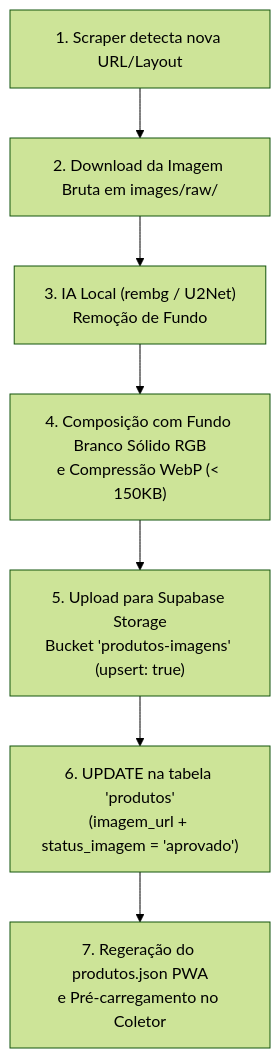
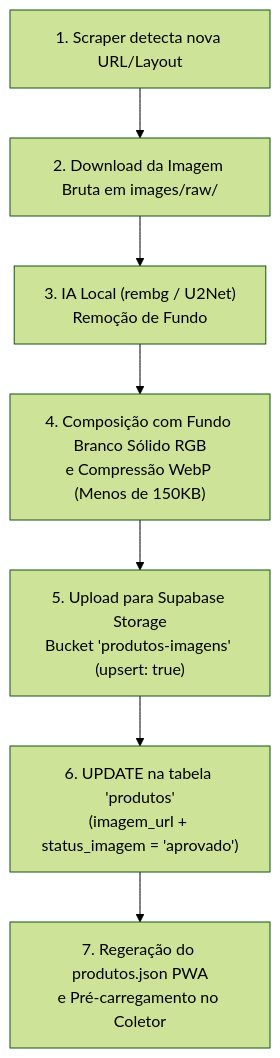
The second of 2 diagrams in docs/processamento-imagens.md (NaejBarbosa/paletscan-etl), drawn with Mermaid (forest theme) before and after one commit. The commit also changed other lines of this file and 5 other files, not shown here.

Commit message:
docs: converter todos os diagramas para formato vertical, adicionar espacamento de respiro e badges com links oficiais

````diff
--- a/docs/processamento-imagens.md
+++ b/docs/processamento-imagens.md
@@ -60,9 +60,9 @@
 ```mermaid
 flowchart TD
     A["1. Scraper detecta nova URL/Layout"] --> B["2. Download da Imagem Bruta em images/raw/"]
     B --> C["3. IA Local (rembg / U2Net)\nRemoção de Fundo"]
-    C --> D["4. Composição com Fundo Branco Sólido RGB\ne Compressão WebP (< 150KB)"]
+    C --> D["4. Composição com Fundo Branco Sólido RGB\ne Compressão WebP (Menos de 150KB)"]
     D --> E["5. Upload para Supabase Storage\nBucket 'produtos-imagens' (upsert: true)"]
     E --> F["6. UPDATE na tabela 'produtos'\n(imagem_url + status_imagem = 'aprovado')"]
     F --> G["7. Regeração do produtos.json PWA\ne Pré-carregamento no Coletor"]
 ```
````
